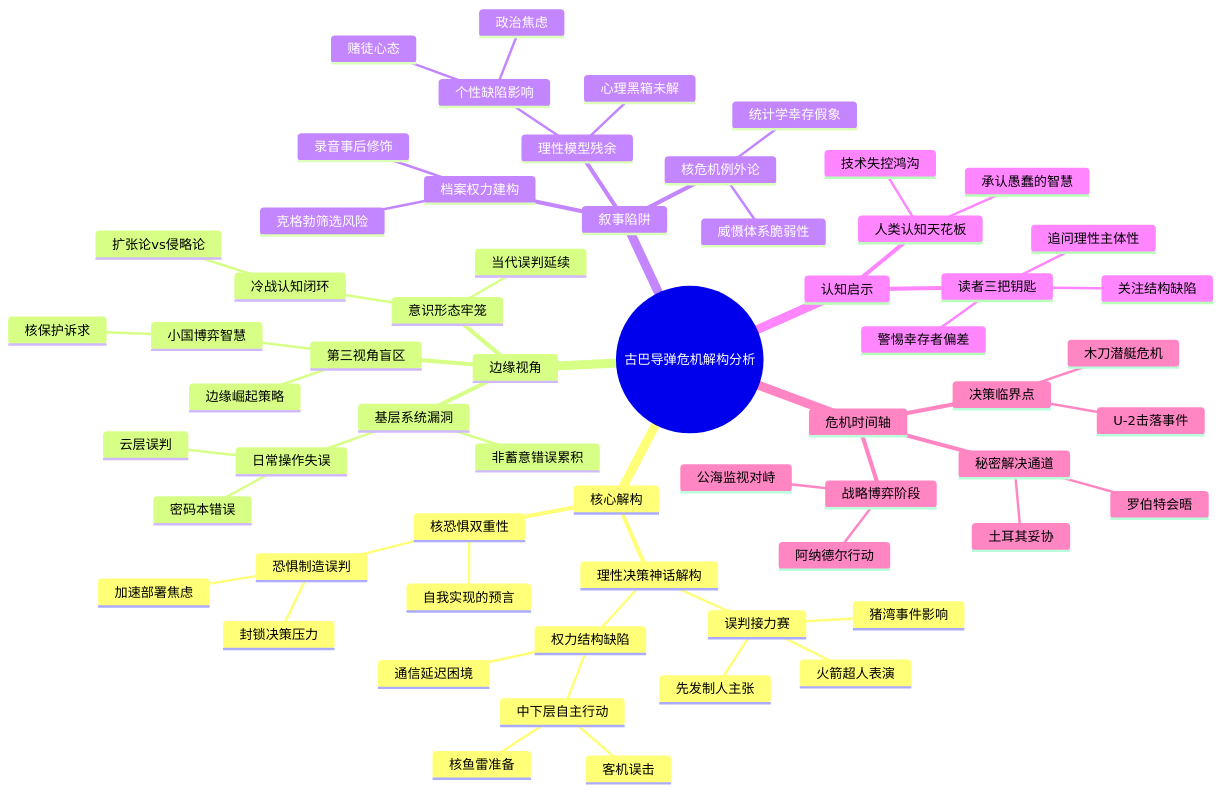
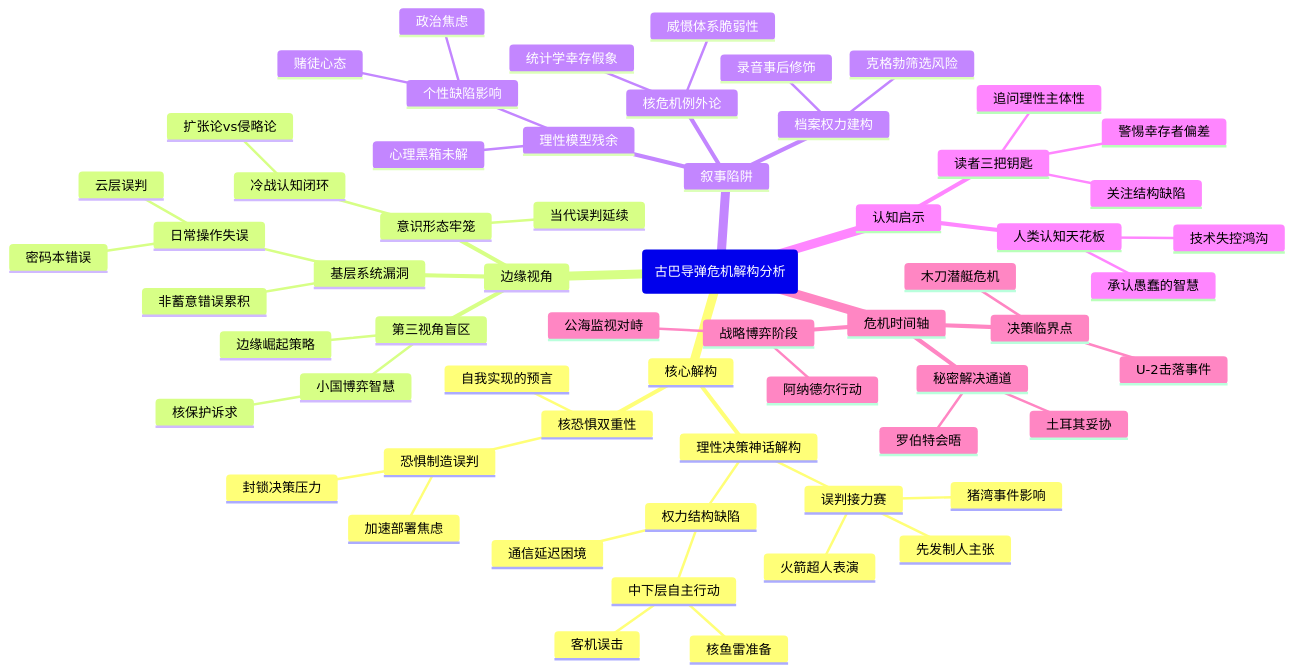
Before and after one commit to funloss/funKnowledge: the diagram in 读书/世界历史/愚蠢的核弹.md, drawn with Mermaid. The commit also changed 74 other files, not shown here.

````diff
--- a/读书/世界历史/愚蠢的核弹.md
+++ b/读书/世界历史/愚蠢的核弹.md
@@ -3,64 +3,64 @@
 ```mermaid
 mindmap
-  root((古巴导弹危机解构分析))
+  root(古巴导弹危机解构分析)
     核心解构
       理性决策神话解构
         误判接力赛
           猪湾事件影响
           火箭超人表演
           先发制人主张
         权力结构缺陷
           中下层自主行动
             核鱼雷准备
             客机误击
           通信延迟困境
       核恐惧双重性
         恐惧制造误判
           加速部署焦虑
           封锁决策压力
         自我实现的预言
     边缘视角
       基层系统漏洞
         日常操作失误
           云层误判
           密码本错误
         非蓄意错误累积
       意识形态牢笼
         冷战认知闭环
           扩张论vs侵略论
         当代误判延续
       第三视角盲区
         小国博弈智慧
           核保护诉求
         边缘崛起策略
     叙事陷阱
       档案权力建构
         克格勃筛选风险
         录音事后修饰
       理性模型残余
         个性缺陷影响
           赌徒心态
           政治焦虑
         心理黑箱未解
       核危机例外论
         统计学幸存假象
         威慑体系脆弱性
     认知启示
       读者三把钥匙
         追问理性主体性
         警惕幸存者偏差
         关注结构缺陷
       人类认知天花板
         技术失控鸿沟
         承认愚蠢的智慧
     危机时间轴
       战略博弈阶段
         阿纳德尔行动
         公海监视对峙
       决策临界点
         U-2击落事件
         木刀潜艇危机
       秘密解决通道
         罗伯特会晤
         土耳其妥协
 ```
````
